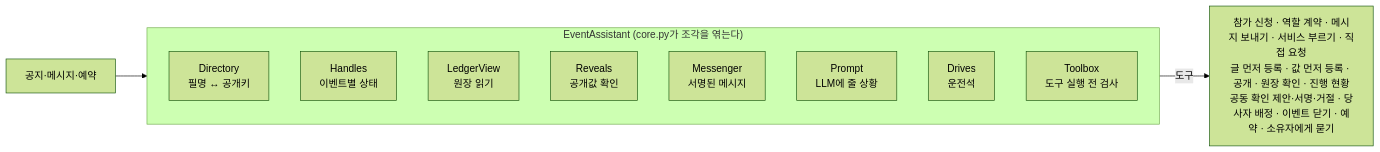
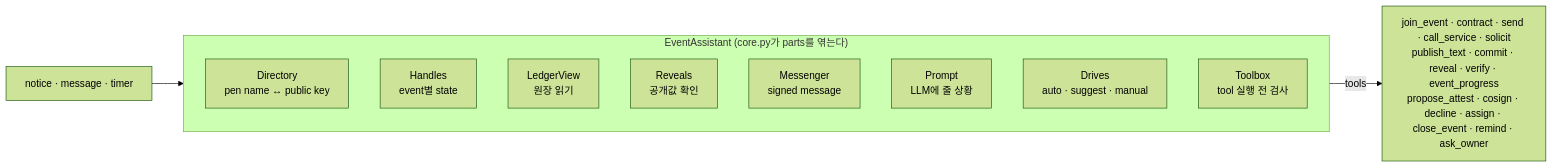
One commit to tanminkwan/share-ur-tokens changed diagram 18 of 31 in docs/education.md. Above: the diagram before and after it, drawn with Mermaid (forest theme). The commit also changed other lines of this file and 27 other files, not shown here.

````diff
--- a/docs/education.md
+++ b/docs/education.md
@@ -443,15 +460,15 @@
 ```mermaid
 flowchart LR
-    subgraph EA["EventAssistant (core.py가 조각을 엮는다)"]
-        DIR["Directory<br/>필명 ↔ 공개키"]
-        HAN["Handles<br/>이벤트별 상태"]
+    subgraph EA["EventAssistant (core.py가 parts를 엮는다)"]
+        DIR["Directory<br/>pen name ↔ public key"]
+        HAN["Handles<br/>event별 state"]
         LV["LedgerView<br/>원장 읽기"]
         RV["Reveals<br/>공개값 확인"]
-        MSG["Messenger<br/>서명된 메시지"]
+        MSG["Messenger<br/>signed message"]
         PR["Prompt<br/>LLM에 줄 상황"]
-        DR["Drives<br/>운전석"]
-        TB["Toolbox<br/>도구 실행 전 검사"]
+        DR["Drives<br/>auto · suggest · manual"]
+        TB["Toolbox<br/>tool 실행 전 검사"]
     end
-    N["공지·메시지·예약"] --> EA
-    EA -->|"도구"| T["참가 신청 · 역할 계약 · 메시지 보내기 · 서비스 부르기 · 직접 요청<br/>글 먼저 등록 · 값 먼저 등록 · 공개 · 원장 확인 · 진행 현황<br/>공동 확인 제안·서명·거절 · 당사자 배정 · 이벤트 닫기 · 예약 · 소유자에게 묻기"]
+    N["notice · message · timer"] --> EA
+    EA -->|"tools"| T["join_event · contract · send · call_service · solicit<br/>publish_text · commit · reveal · verify · event_progress<br/>propose_attest · cosign · decline · assign · close_event · remind · ask_owner"]
 ```
````
